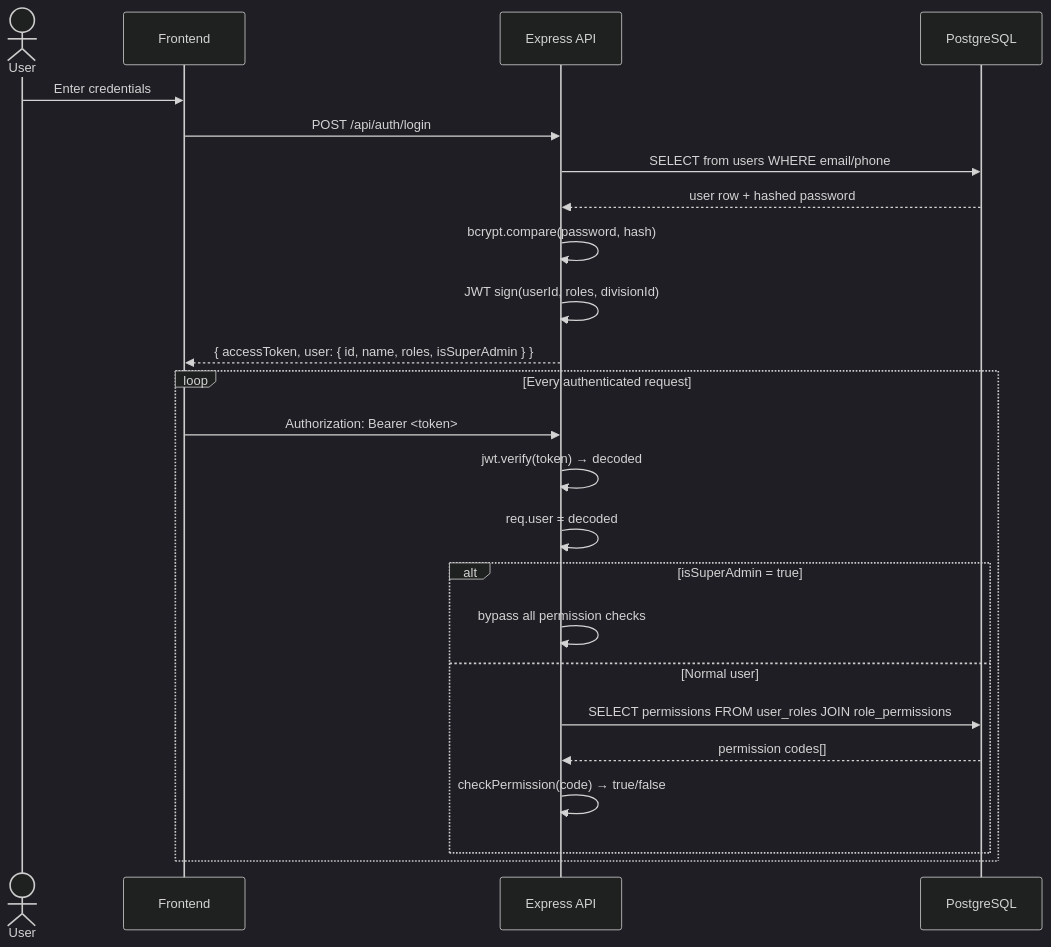
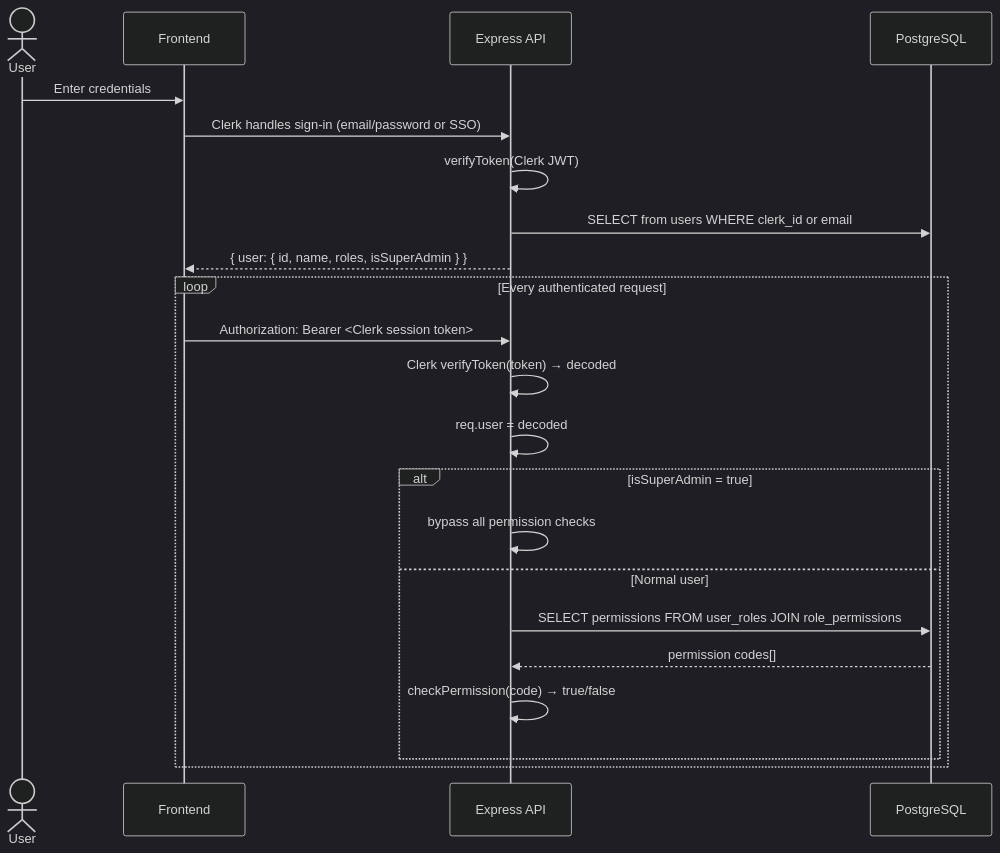
The second of 8 diagrams in docs/architecture.md (BSC-TEXTILES/-BSC-ExclusivePOMS), drawn with Mermaid (dark theme) before and after one commit. The commit also changed 38 other files, not shown here.

First line of the commit message:
feat: replace JWT auth with Clerk authentication

````diff
--- a/docs/architecture.md
+++ b/docs/architecture.md
@@ -62,28 +62,26 @@
 ```mermaid
 sequenceDiagram
     actor User
     participant FE as Frontend
     participant BE as Express API
     participant DB as PostgreSQL
 
     User->>FE: Enter credentials
-    FE->>BE: POST /api/auth/login
-    BE->>DB: SELECT from users WHERE email/phone
-    DB-->>BE: user row + hashed password
-    BE->>BE: bcrypt.compare(password, hash)
-    BE->>BE: JWT sign(userId, roles, divisionId)
-    BE-->>FE: { accessToken, user: { id, name, roles, isSuperAdmin } }
+    FE->>BE: Clerk handles sign-in (email/password or SSO)
+    BE->>BE: verifyToken(Clerk JWT)
+    BE->>DB: SELECT from users WHERE clerk_id or email
+    BE-->>FE: { user: { id, name, roles, isSuperAdmin } }
 
     loop Every authenticated request
-        FE->>BE: Authorization: Bearer <token>
-        BE->>BE: jwt.verify(token) → decoded
+        FE->>BE: Authorization: Bearer <Clerk session token>
+        BE->>BE: Clerk verifyToken(token) → decoded
         BE->>BE: req.user = decoded
         alt isSuperAdmin = true
             BE->>BE: bypass all permission checks
         else Normal user
             BE->>DB: SELECT permissions FROM user_roles JOIN role_permissions
             DB-->>BE: permission codes[]
             BE->>BE: checkPermission(code) → true/false
         end
     end
 ```
````
